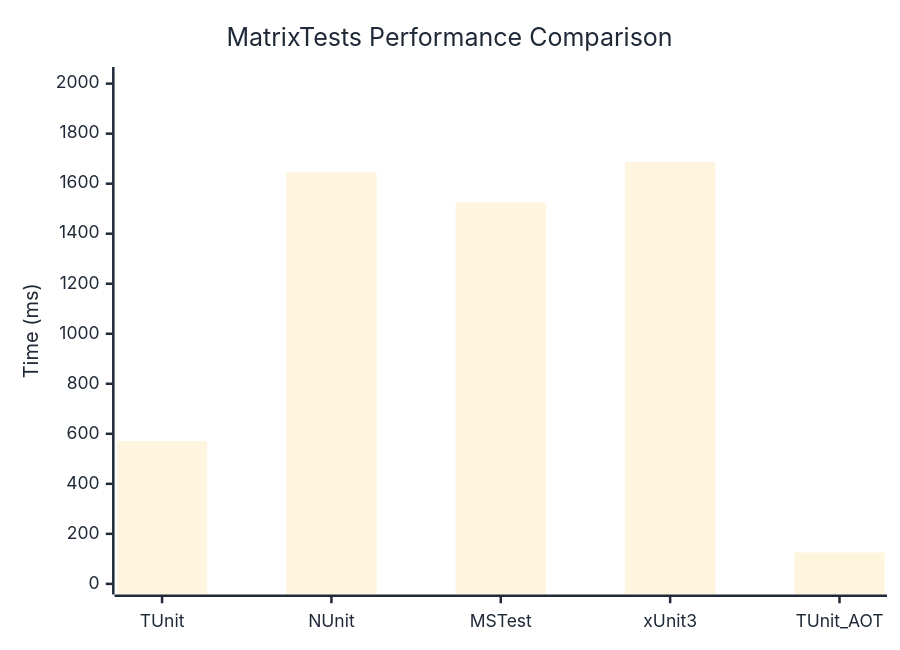
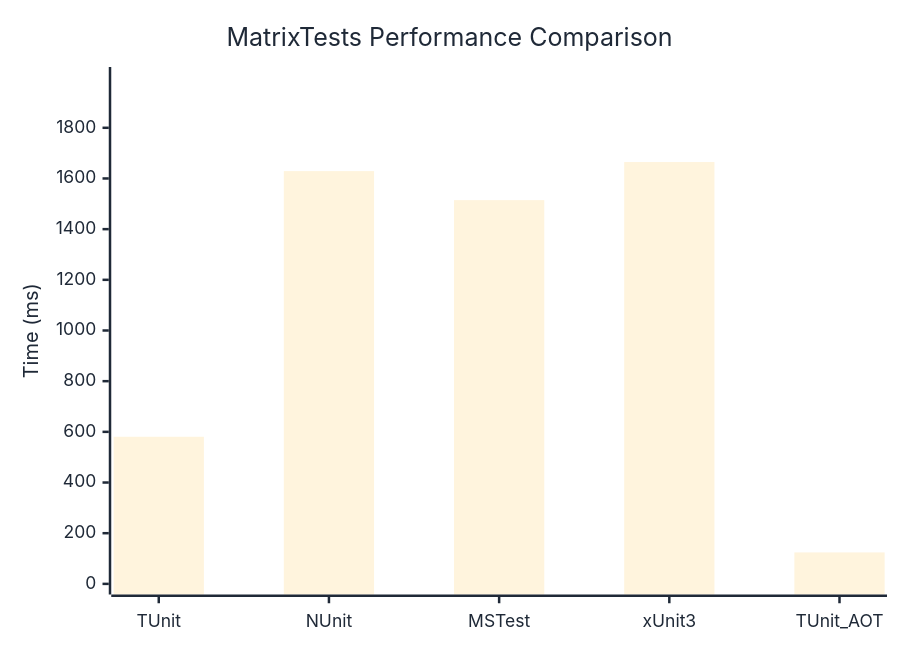
One commit to thomhurst/TUnit changed the diagram in docs/docs/benchmarks/MatrixTests.md. Above: the diagram before and after it, drawn with Mermaid. The commit also changed other lines of this file and 17 other files, not shown here.

````diff
--- a/docs/docs/benchmarks/MatrixTests.md
+++ b/docs/docs/benchmarks/MatrixTests.md
@@ -27,37 +27,37 @@
 ```mermaid
 %%{init: {
   'theme':'base',
   'themeVariables': {
     'primaryColor': '#2563eb',
     'primaryTextColor': '#1f2937',
     'primaryBorderColor': '#1e40af',
     'lineColor': '#6b7280',
     'secondaryColor': '#7c3aed',
     'tertiaryColor': '#dc2626',
     'background': '#ffffff',
     'mainBkg': '#2563eb',
     'secondBkg': '#7c3aed',
     'tertiaryBkg': '#dc2626',
     'clusterBkg': '#f3f4f6',
     'edgeLabelBackground': '#ffffff',
     'tertiaryTextColor': '#1f2937',
     'pie1': '#2563eb',
     'pie2': '#7c3aed',
     'pie3': '#dc2626',
     'pie4': '#f59e0b',
     'pie5': '#10b981',
     'pie6': '#06b6d4',
     'pie7': '#ec4899',
     'pie8': '#6366f1',
     'pie9': '#84cc16',
     'pie10': '#f97316',
     'pie11': '#14b8a6',
     'pie12': '#a855f7'
   }
 }}%%
 xychart-beta
   title "MatrixTests Performance Comparison"
   x-axis ["TUnit", "NUnit", "MSTest", "xUnit3", "TUnit_AOT"]
-  y-axis "Time (ms)" 0 --> 2024
-  bar [570.5, 1646.3, 1525.7, 1686.3, 125.4]
+  y-axis "Time (ms)" 0 --> 1998
+  bar [580.6, 1629.1, 1514.5, 1664.8, 124.2]
 ```
````
